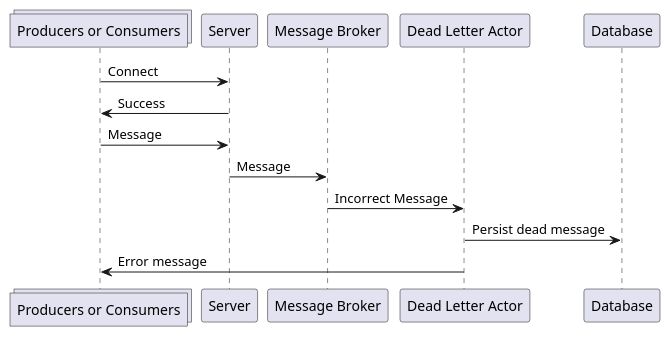
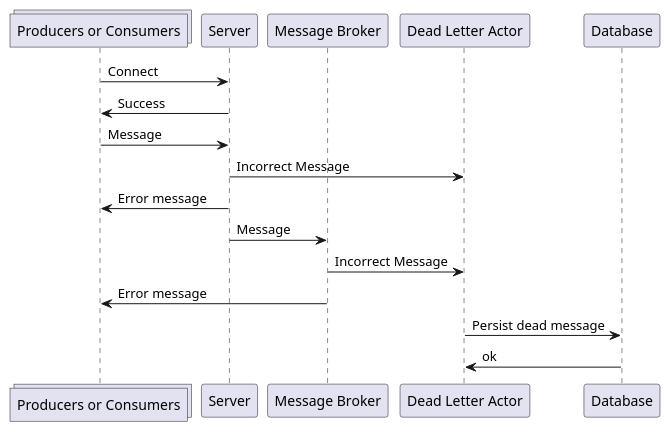
One commit to darkcat013/ptr-lab3 changed the diagram in diagrams/msg_error.puml. Above: the diagram before and after it, drawn with PlantUML. The commit also changed 11 other files, not shown here.

```diff
--- a/diagrams/msg_error.puml
+++ b/diagrams/msg_error.puml
@@ -1,16 +1,19 @@
 @startuml
 
 collections "Producers or Consumers" as PC
 participant "Server" as Serv
 participant "Message Broker" as MB
 participant "Dead Letter Actor" as DLA
 participant "Database" as DB
 
 PC -> Serv: Connect
 Serv -> PC: Success
 PC -> Serv: Message
+Serv-> DLA: Incorrect Message
+Serv-> PC: Error message
 Serv -> MB: Message
 MB -> DLA: Incorrect Message
+MB-> PC: Error message
 DLA -> DB: Persist dead message
-DLA -> PC: Error message
+DB -> DLA: ok
 @enduml
```
